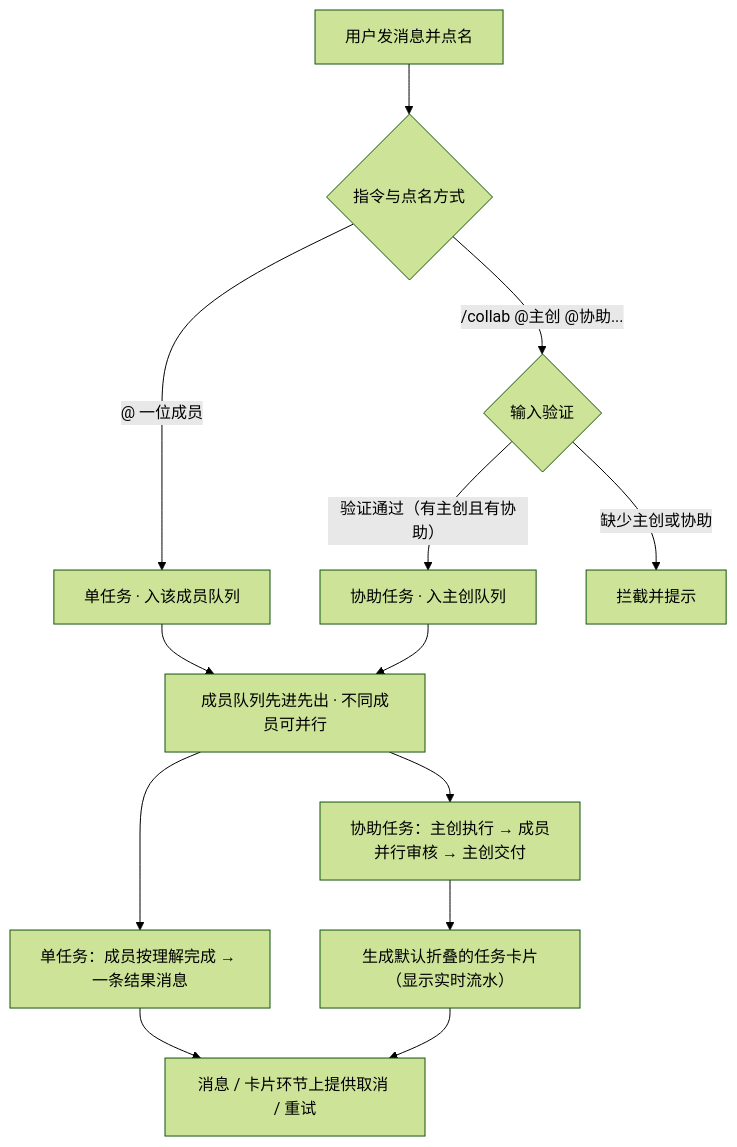
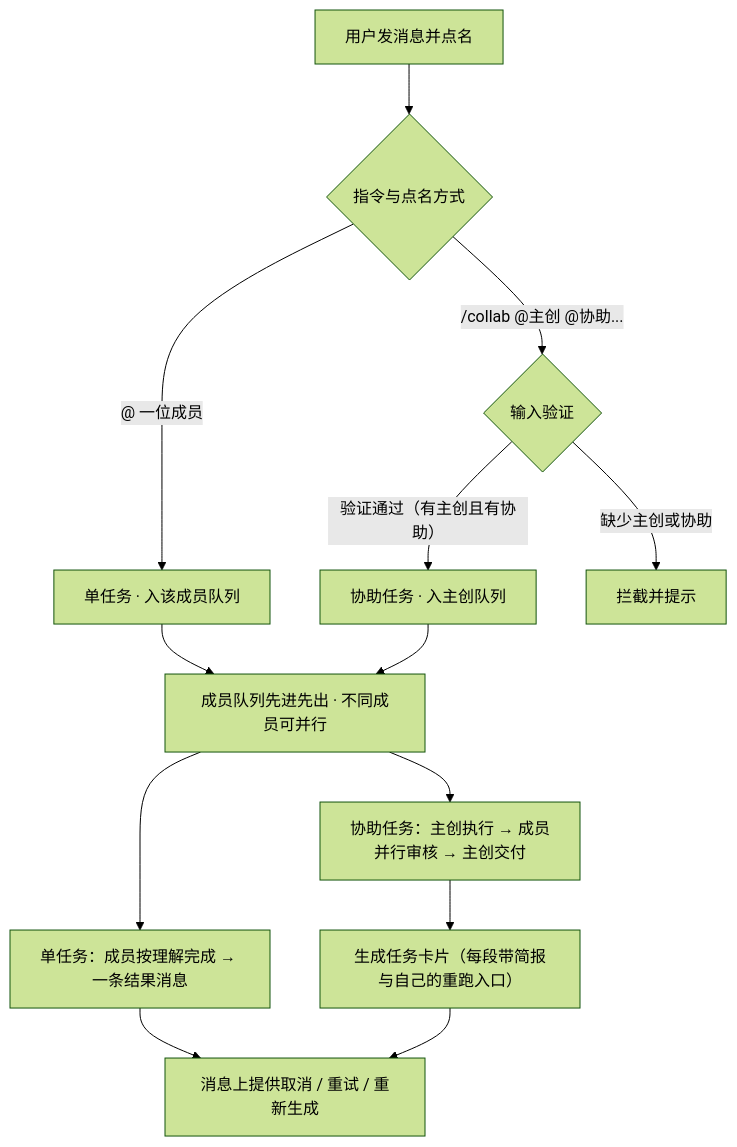
One commit to BinaryAlan/ai-atelier changed the first of 2 diagrams in docs/task-review-protocol.md. Above: the diagram before and after it, drawn with Mermaid (forest theme). The commit also changed other lines of this file and 21 other files, not shown here.

First line of the commit message:
feat: 任务卡片与交互收尾、文件预览、README/演示动图重制

````diff
--- a/docs/task-review-protocol.md
+++ b/docs/task-review-protocol.md
@@ -239,15 +275,15 @@
 ```mermaid
 flowchart TD
     U["用户发消息并点名"] --> T{"指令与点名方式"}
     T -->|"@ 一位成员"| S["单任务 · 入该成员队列"]
     T -->|"/collab @主创 @协助..."| C{"输入验证"}
     C -->|"验证通过（有主创且有协助）"| CQ["协助任务 · 入主创队列"]
     C -->|"缺少主创或协助"| CE["拦截并提示"]
     S --> Q["成员队列先进先出 · 不同成员可并行"]
     CQ --> Q
     Q --> S1["单任务：成员按理解完成 → 一条结果消息"]
     Q --> C1["协助任务：主创执行 → 成员并行审核 → 主创交付"]
-    C1 --> K["生成默认折叠的任务卡片（显示实时流水）"]
-    S1 --> M["消息 / 卡片环节上提供取消 / 重试"]
+    C1 --> K["生成任务卡片（每段带简报与自己的重跑入口）"]
+    S1 --> M["消息上提供取消 / 重试 / 重新生成"]
     K --> M
 ```
````
